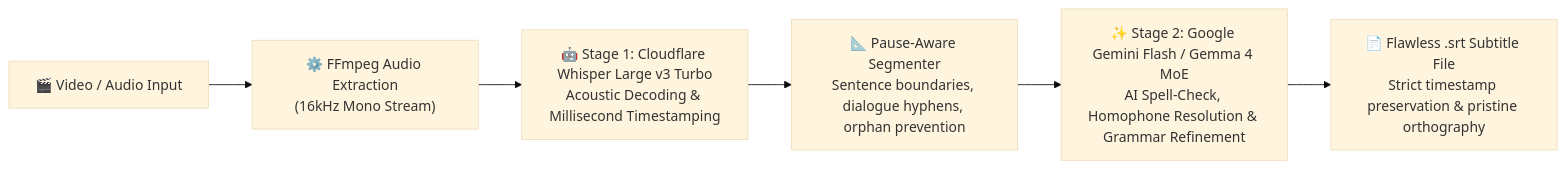
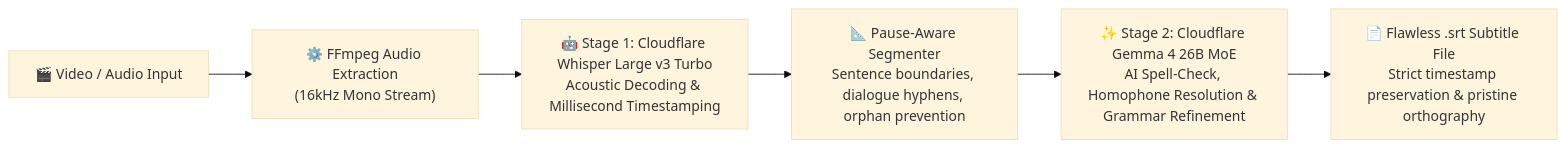
The diagram in README.md (AliDevCore/Online-Subtitle-Generator), drawn with Mermaid (base theme) before and after one commit. The commit also changed other lines of this file and 6 other files, not shown here.

````diff
--- a/README.md
+++ b/README.md
@@ -53,8 +37,8 @@
 ```mermaid
 graph LR
     A["🎬 Video / Audio Input"] --> B["⚙️ FFmpeg Audio Extraction<br/>(16kHz Mono Stream)"]
     B --> C["🤖 Stage 1: Cloudflare Whisper Large v3 Turbo<br/>Acoustic Decoding & Millisecond Timestamping"]
     C --> D["📐 Pause-Aware Segmenter<br/>Sentence boundaries, dialogue hyphens, orphan prevention"]
-    D --> E["✨ Stage 2: Google Gemini Flash / Gemma 4 MoE<br/>AI Spell-Check, Homophone Resolution & Grammar Refinement"]
+    D --> E["✨ Stage 2: Cloudflare Gemma 4 26B MoE<br/>AI Spell-Check, Homophone Resolution & Grammar Refinement"]
     E --> F["📄 Flawless .srt Subtitle File<br/>Strict timestamp preservation & pristine orthography"]
 ```
````
